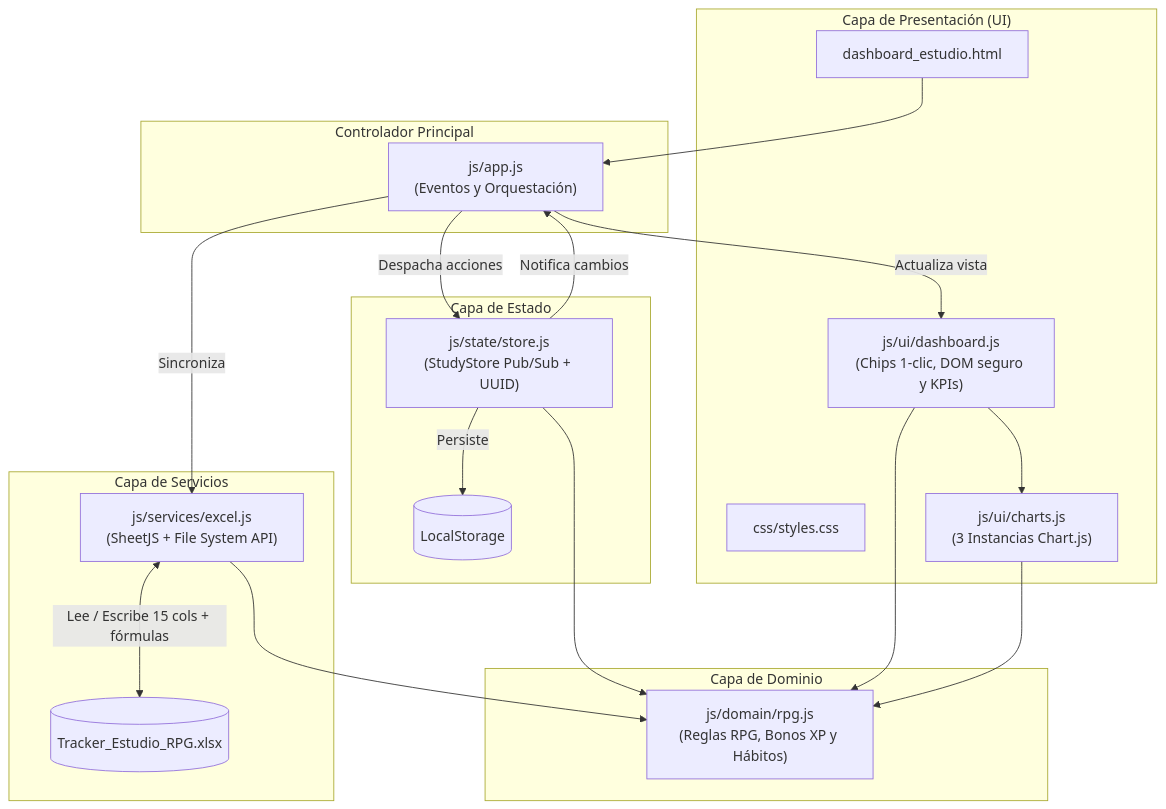
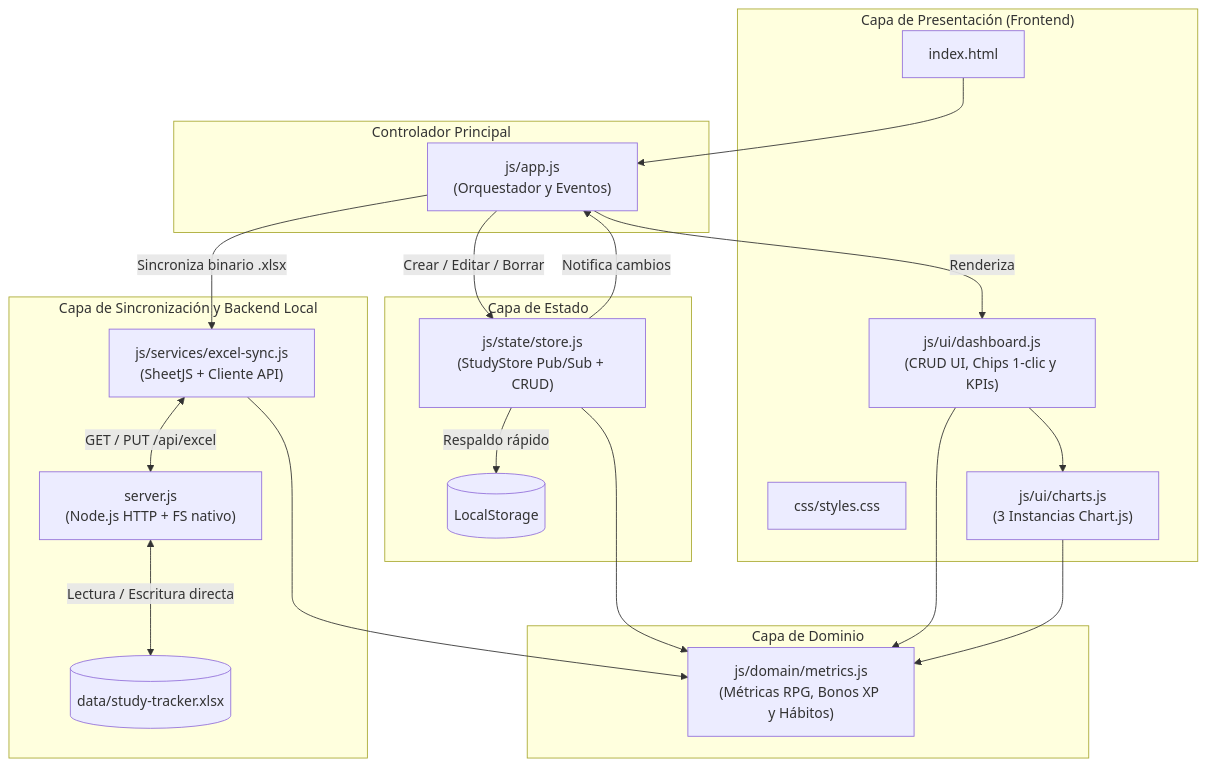
The diagram in README.md (carloamezcua/study-tracker), drawn with Mermaid before and after one commit. The commit also changed other lines of this file, not shown here.

Commit message:
docs(readme): actualiza documentacion con arquitectura de servidor local y flujo CRUD

````diff
--- a/README.md
+++ b/README.md
@@ -28,40 +25,42 @@
 ```mermaid
 flowchart TD
-    subgraph UI["Capa de Presentación (UI)"]
-        HTML["dashboard_estudio.html"]
+    subgraph UI["Capa de Presentación (Frontend)"]
+        HTML["index.html"]
         CSS["css/styles.css"]
-        DASH["js/ui/dashboard.js\n(Chips 1-clic, DOM seguro y KPIs)"]
+        DASH["js/ui/dashboard.js\n(CRUD UI, Chips 1-clic y KPIs)"]
         CHARTS["js/ui/charts.js\n(3 Instancias Chart.js)"]
     end
 
     subgraph Controller["Controlador Principal"]
-        APP["js/app.js\n(Eventos y Orquestación)"]
+        APP["js/app.js\n(Orquestador y Eventos)"]
     end
 
     subgraph State["Capa de Estado"]
-        STORE["js/state/store.js\n(StudyStore Pub/Sub + UUID)"]
+        STORE["js/state/store.js\n(StudyStore Pub/Sub + CRUD)"]
         LS[("LocalStorage")]
     end
 
     subgraph Domain["Capa de Dominio"]
-        RPG["js/domain/rpg.js\n(Reglas RPG, Bonos XP y Hábitos)"]
+        METRICS["js/domain/metrics.js\n(Métricas RPG, Bonos XP y Hábitos)"]
     end
 
-    subgraph Services["Capa de Servicios"]
-        EXCEL["js/services/excel.js\n(SheetJS + File System API)"]
-        XLSX[("Tracker_Estudio_RPG.xlsx")]
+    subgraph Sync["Capa de Sincronización y Backend Local"]
+        SYNC["js/services/excel-sync.js\n(SheetJS + Cliente API)"]
+        SERVER["server.js\n(Node.js HTTP + FS nativo)"]
+        XLSX[("data/study-tracker.xlsx")]
     end
 
     HTML --> APP
-    APP -->|Despacha acciones| STORE
-    STORE -->|Persiste| LS
+    APP -->|Crear / Editar / Borrar| STORE
+    STORE -->|Respaldo rápido| LS
     STORE -->|Notifica cambios| APP
-    APP -->|Actualiza vista| DASH
+    APP -->|Renderiza| DASH
     DASH --> CHARTS
-    APP -->|Sincroniza| EXCEL
-    EXCEL <-->|Lee / Escribe 15 cols + fórmulas| XLSX
-    STORE --> RPG
-    DASH --> RPG
-    CHARTS --> RPG
-    EXCEL --> RPG
+    APP -->|Sincroniza binario .xlsx| SYNC
+    SYNC <-->|GET / PUT /api/excel| SERVER
+    SERVER <-->|Lectura / Escritura directa| XLSX
+    STORE --> METRICS
+    DASH --> METRICS
+    CHARTS --> METRICS
+    SYNC --> METRICS
 ```
````
